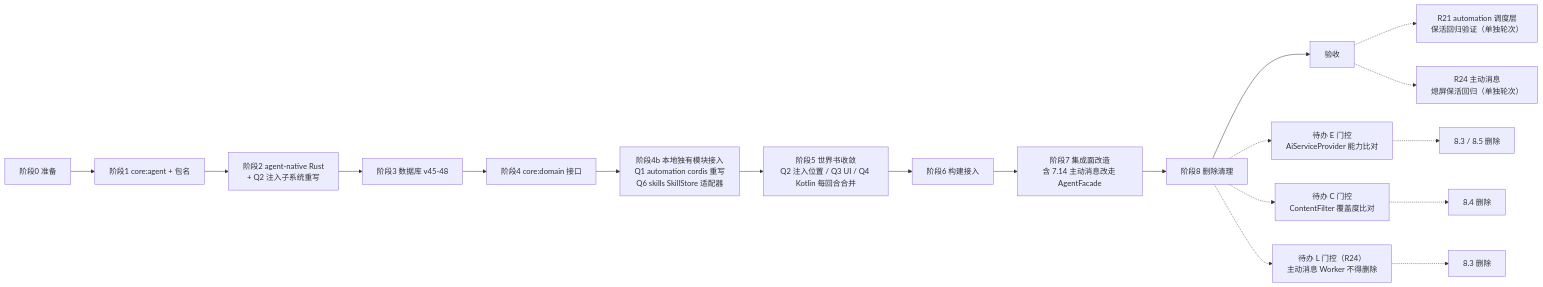
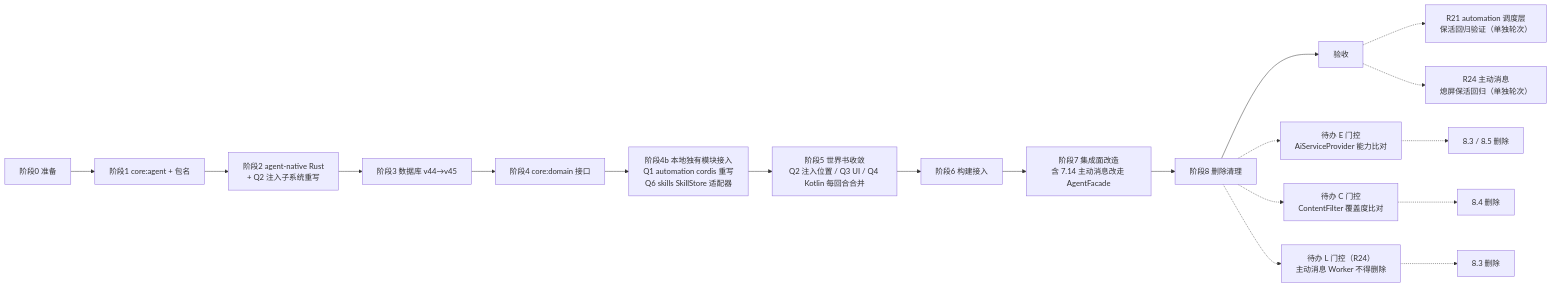
The diagram in docs/agent-migration-plan.md (BB0813/YuNian-iOS), drawn with Mermaid before and after one commit. The commit also changed other lines of this file and 2 other files, not shown here.

````diff
--- a/docs/agent-migration-plan.md
+++ b/docs/agent-migration-plan.md
@@ -898,22 +916,22 @@
 ```mermaid
 graph LR
     P0[阶段0 准备] --> P1[阶段1 core:agent + 包名]
     P1 --> P2[阶段2 agent-native Rust<br/>+ Q2 注入子系统重写]
-    P2 --> P3[阶段3 数据库 v45-48]
+    P2 --> P3[阶段3 数据库 v44→v45]
     P3 --> P4[阶段4 core:domain 接口]
     P4 --> P4B[阶段4b 本地独有模块接入<br/>Q1 automation cordis 重写<br/>Q6 skills SkillStore 适配器]
     P4B --> P5[阶段5 世界书收敛<br/>Q2 注入位置 / Q3 UI / Q4 Kotlin 每回合合并]
     P5 --> P6[阶段6 构建接入]
     P6 --> P7[阶段7 集成面改造<br/>含 7.14 主动消息改走 AgentFacade]
     P7 --> P8[阶段8 删除清理]
     P8 --> V[验收]
 
     P8 -.-> E["待办 E 门控<br/>AiServiceProvider 能力比对"]
     E -.-> R8["8.3 / 8.5 删除"]
     P8 -.-> C["待办 C 门控<br/>ContentFilter 覆盖度比对"]
     C -.-> R84["8.4 删除"]
     P8 -.-> L["待办 L 门控（R24）<br/>主动消息 Worker 不得删除"]
     L -.-> R83["8.3 删除"]
     V -.-> K["R21 automation 调度层<br/>保活回归验证（单独轮次）"]
     V -.-> K2["R24 主动消息<br/>熄屏保活回归（单独轮次）"]
 ```
````
